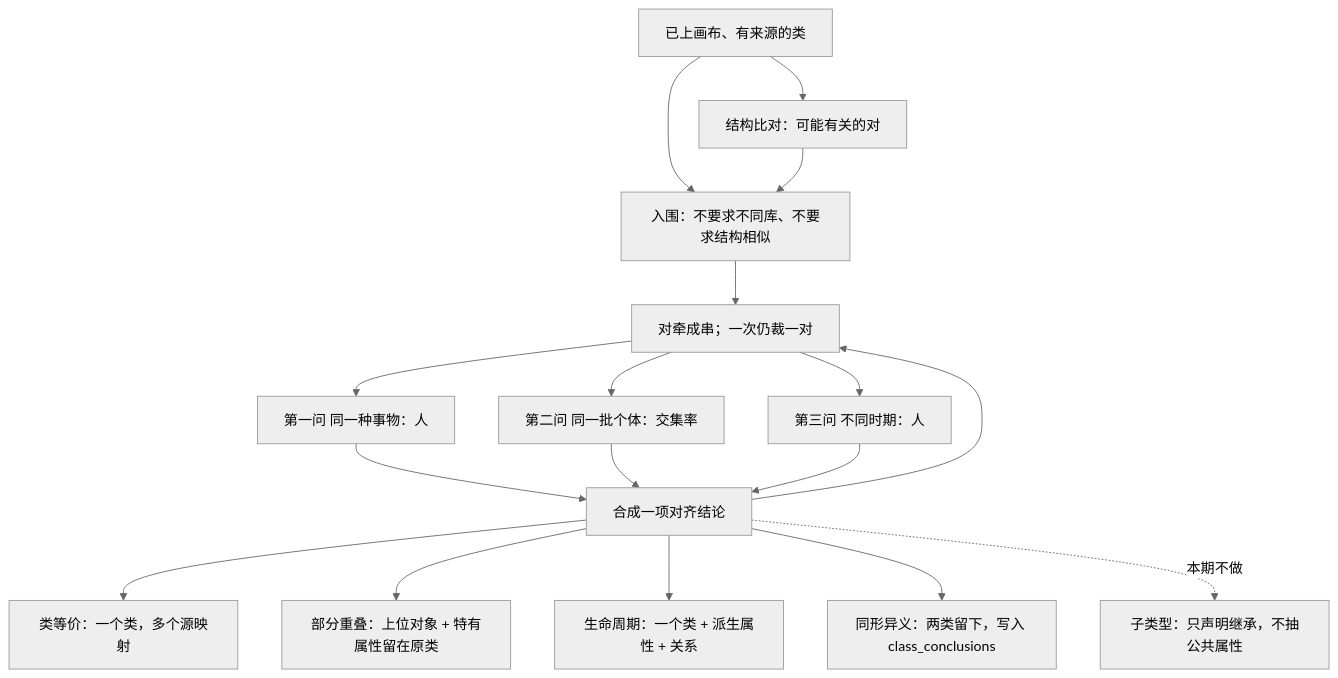
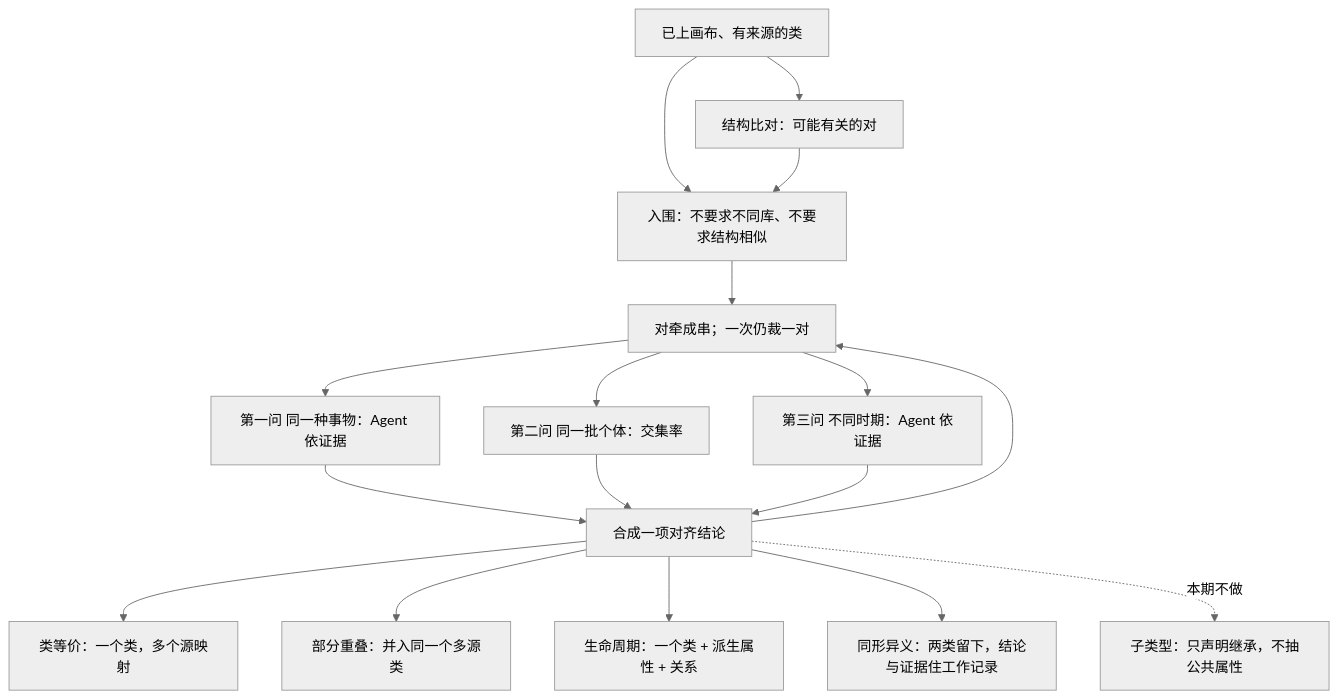
Before and after one commit to majiang213/Ontos: the fourth of 8 diagrams in docs/ontos-article.md, drawn with Mermaid (neutral theme). The commit also changed other lines of this file and 74 other files, not shown here.

````diff
--- a/docs/ontos-article.md
+++ b/docs/ontos-article.md
@@ -169,19 +169,19 @@
 ```mermaid
 flowchart TD
     S["已上画布、有来源的类"] --> R["结构比对：可能有关的对"]
     S --> E0["入围：不要求不同库、不要求结构相似"]
     R --> E0
     E0 --> STR["对牵成串；一次仍裁一对"]
-    STR --> Q1["第一问 同一种事物：人"]
+    STR --> Q1["第一问 同一种事物：Agent 依证据"]
     STR --> Q2["第二问 同一批个体：交集率"]
-    STR --> Q3["第三问 不同时期：人"]
+    STR --> Q3["第三问 不同时期：Agent 依证据"]
     Q1 --> D["合成一项对齐结论"]
     Q2 --> D
     Q3 --> D
     D --> STR
     D --> E["类等价：一个类，多个源映射"]
-    D --> F["部分重叠：上位对象 + 特有属性留在原类"]
+    D --> F["部分重叠：并入同一个多源类"]
     D --> G["生命周期：一个类 + 派生属性 + 关系"]
-    D --> H["同形异义：两类留下，写入 class_conclusions"]
+    D --> H["同形异义：两类留下，结论与证据住工作记录"]
     D -.->|本期不做| I["子类型：只声明继承，不抽公共属性"]
 ```
````
